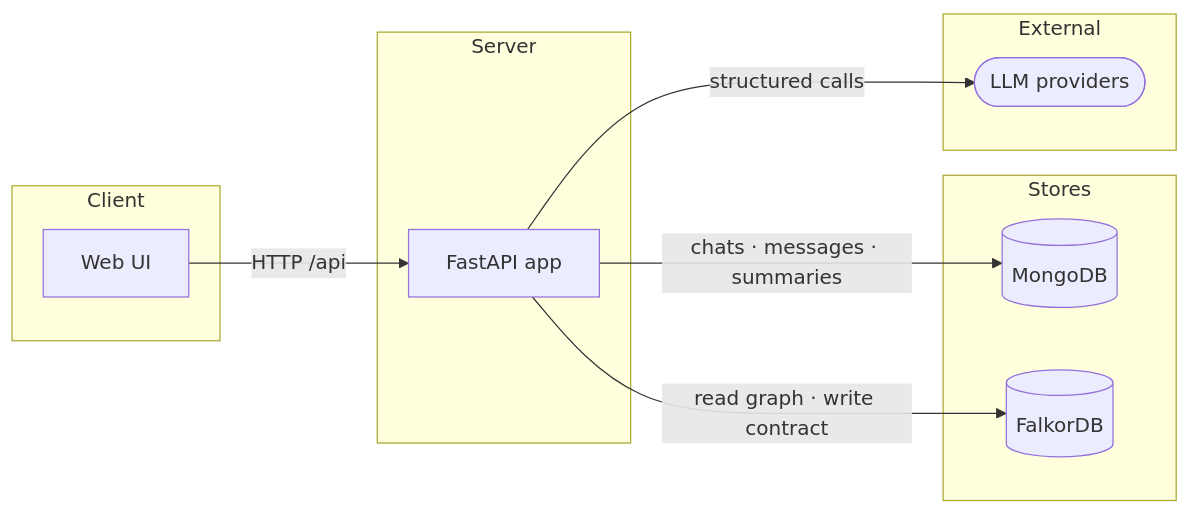
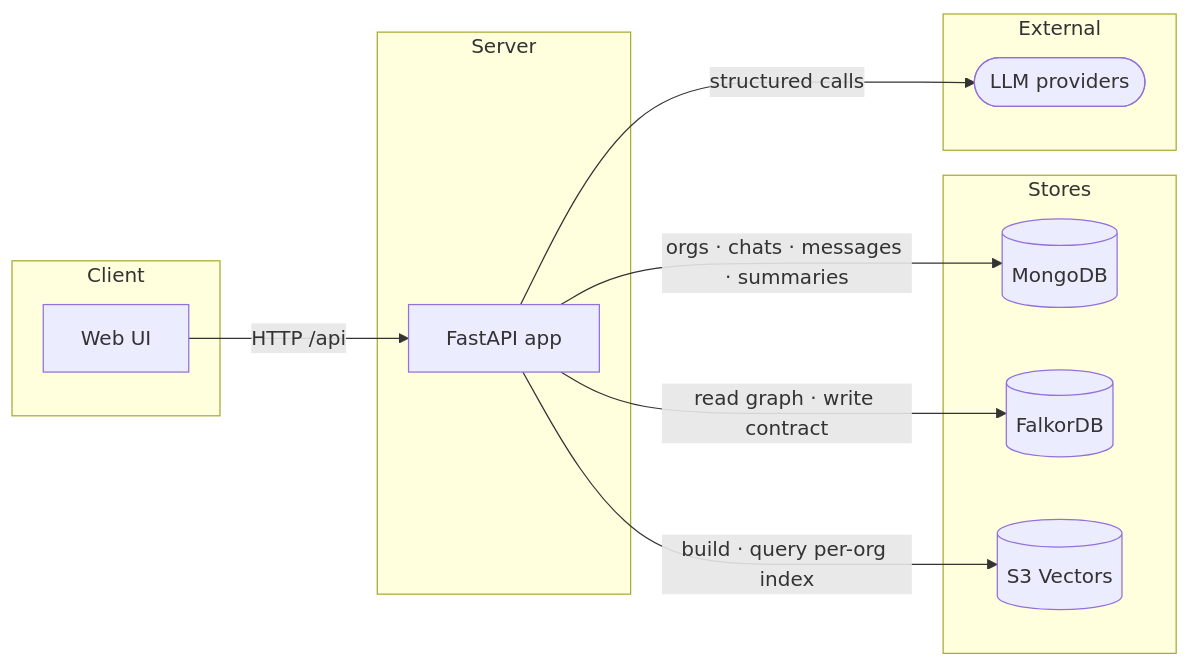
Before and after one commit to pranav-tractus/harness_agents: the first of 3 diagrams in docs/architecture.md, drawn with Mermaid. The commit also changed other lines of this file and 3 other files, not shown here.

````diff
--- a/docs/architecture.md
+++ b/docs/architecture.md
@@ -21,20 +21,22 @@
 ```mermaid
 flowchart LR
   subgraph Client["Client"]
     ctx_web["Web UI"]
   end
   subgraph Server["Server"]
     ctx_api["FastAPI app"]
   end
   subgraph Stores["Stores"]
     ctx_mongo[("MongoDB")]
     ctx_falkor[("FalkorDB")]
+    ctx_vectors[("S3 Vectors")]
   end
   subgraph External["External"]
     ctx_llm(["LLM providers"])
   end
   ctx_web -->|"HTTP /api"| ctx_api
-  ctx_api -->|"chats · messages · summaries"| ctx_mongo
+  ctx_api -->|"orgs · chats · messages · summaries"| ctx_mongo
   ctx_api -->|"read graph · write contract"| ctx_falkor
+  ctx_api -->|"build · query per-org index"| ctx_vectors
   ctx_api -->|"structured calls"| ctx_llm
 ```
````
